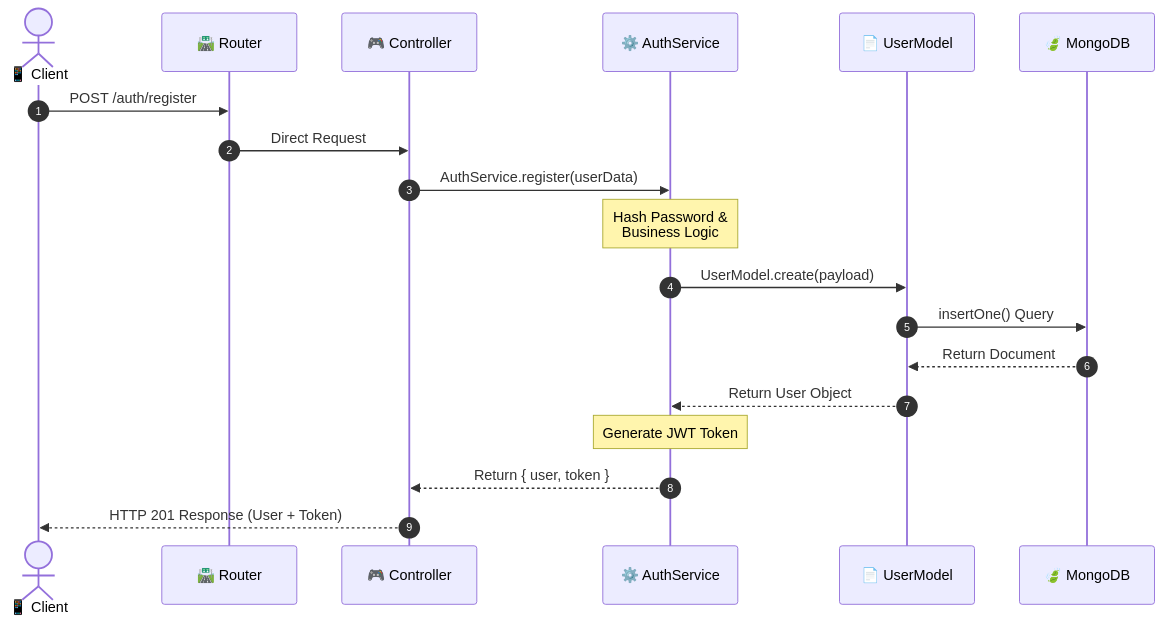
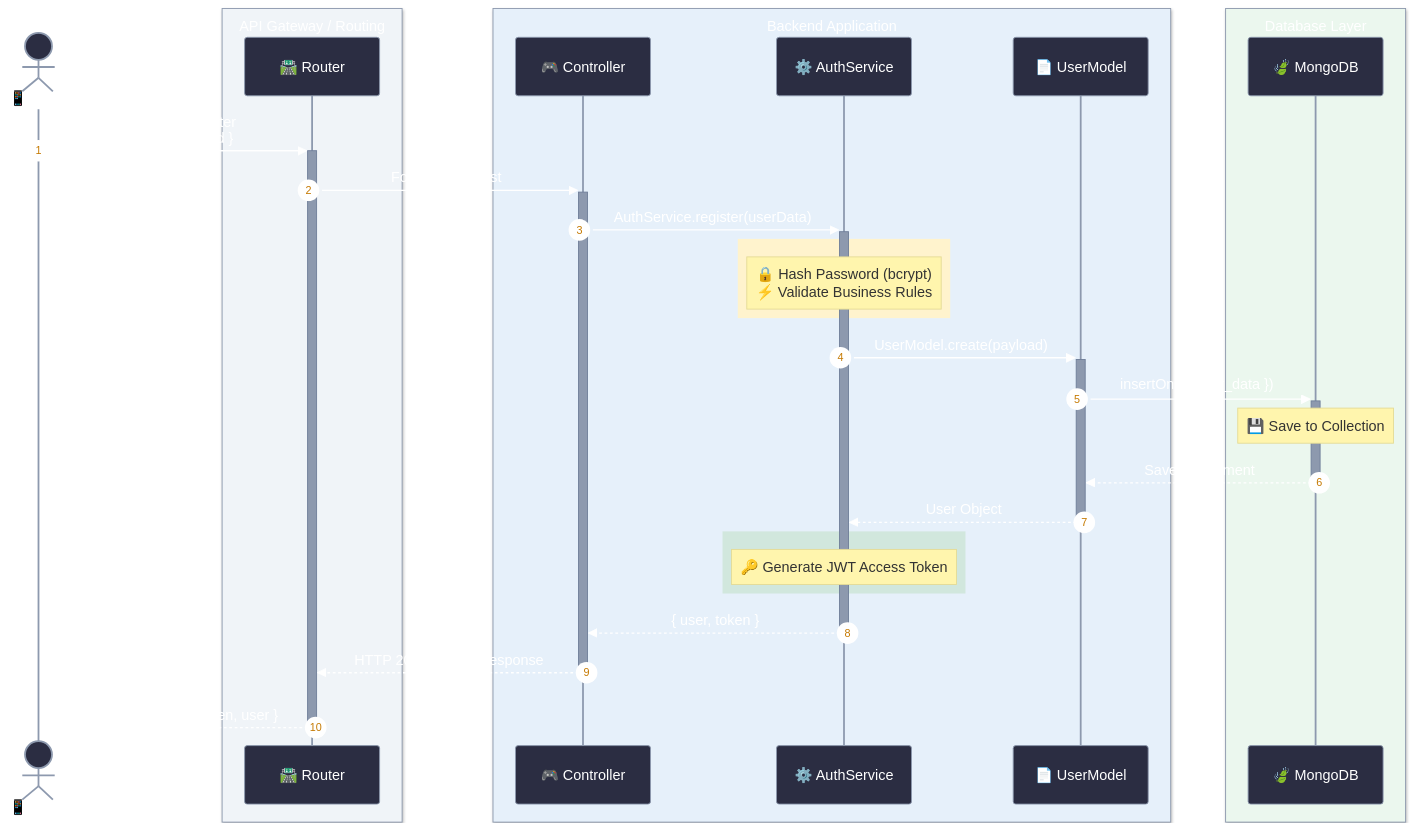
The diagram in README.md (EbrahimQaid/Bastah), drawn with Mermaid before and after one commit.

````diff
--- a/README.md
+++ b/README.md
@@ -1,22 +1,51 @@
 ```mermaid
+%%{init: {'theme': 'base', 'themeVariables': { 'primaryColor': '#2b2d42', 'primaryTextColor': '#fff', 'primaryBorderColor': '#8d99ae', 'lineColor': '#3a86ff', 'secondaryColor': '#8d99ae', 'tertiaryColor': '#edf2f4'}}}%%
+
 sequenceDiagram
     autonumber
+    
     actor Client as 📱 Client
-    participant Route as 🛣️ Router
-    participant Ctrl as 🎮 Controller
-    participant Service as ⚙️ AuthService
-    participant Model as 📄 UserModel
-    participant DB as 🍃 MongoDB
+    
+    box rgb(240, 244, 248) API Gateway / Routing
+        participant Route as 🛣️ Router
+    end
+    
+    box rgb(230, 240, 250) Backend Application
+        participant Ctrl as 🎮 Controller
+        participant Service as ⚙️ AuthService
+        participant Model as 📄 UserModel
+    end
+    
+    box rgb(235, 247, 238) Database Layer
+        participant DB as 🍃 MongoDB
+    end
 
-    Client->>Route: POST /auth/register
-    Route->>Ctrl: Direct Request
-    Ctrl->>Service: AuthService.register(userData)
-    Note over Service: Hash Password &<br/>Business Logic
-    Service->>Model: UserModel.create(payload)
-    Model->>DB: insertOne() Query
-    DB-->>Model: Return Document
-    Model-->>Service: Return User Object
-    Note over Service: Generate JWT Token
-    Service-->>Ctrl: Return { user, token }
-    Ctrl-->>Client: HTTP 201 Response (User + Token)
+    %% --- START FLOW ---
+    Client->>+Route: POST /auth/register <br/> { email, password }
+    
+    Route->>+Ctrl: Forward Request
+    
+    Ctrl->>+Service: AuthService.register(userData)
+    
+    rect rgb(255, 243, 205)
+        Note over Service: 🔒 Hash Password (bcrypt)<br/>⚡ Validate Business Rules
+    end
+    
+    Service->>+Model: UserModel.create(payload)
+    
+    Model->>+DB: insertOne({ user_data })
+    Note over DB: 💾 Save to Collection
+    DB-->>-Model: Saved Document
+    
+    Model-->>-Service: User Object
+    
+    rect rgb(209, 231, 221)
+        Note over Service: 🔑 Generate JWT Access Token
+    end
+    
+    Service-->>-Ctrl: { user, token }
+    
+    Ctrl-->>-Route: HTTP 201 Created Response
+    
+    Route-->>-Client: 201 Created <br/> { status: "success", token, user }
 ```
````
